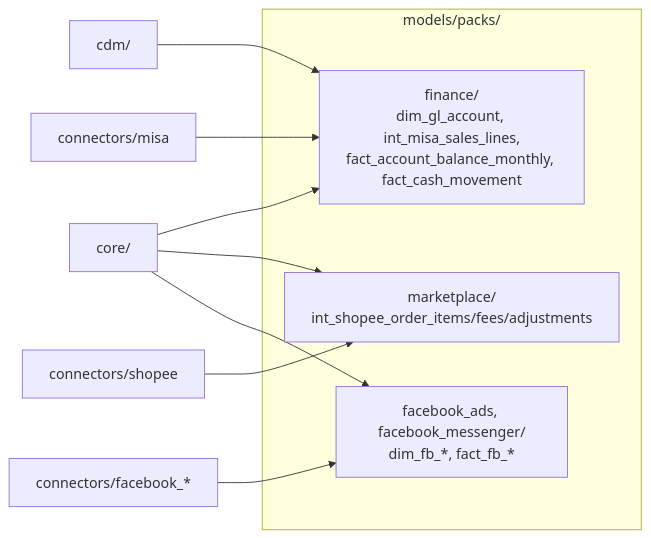
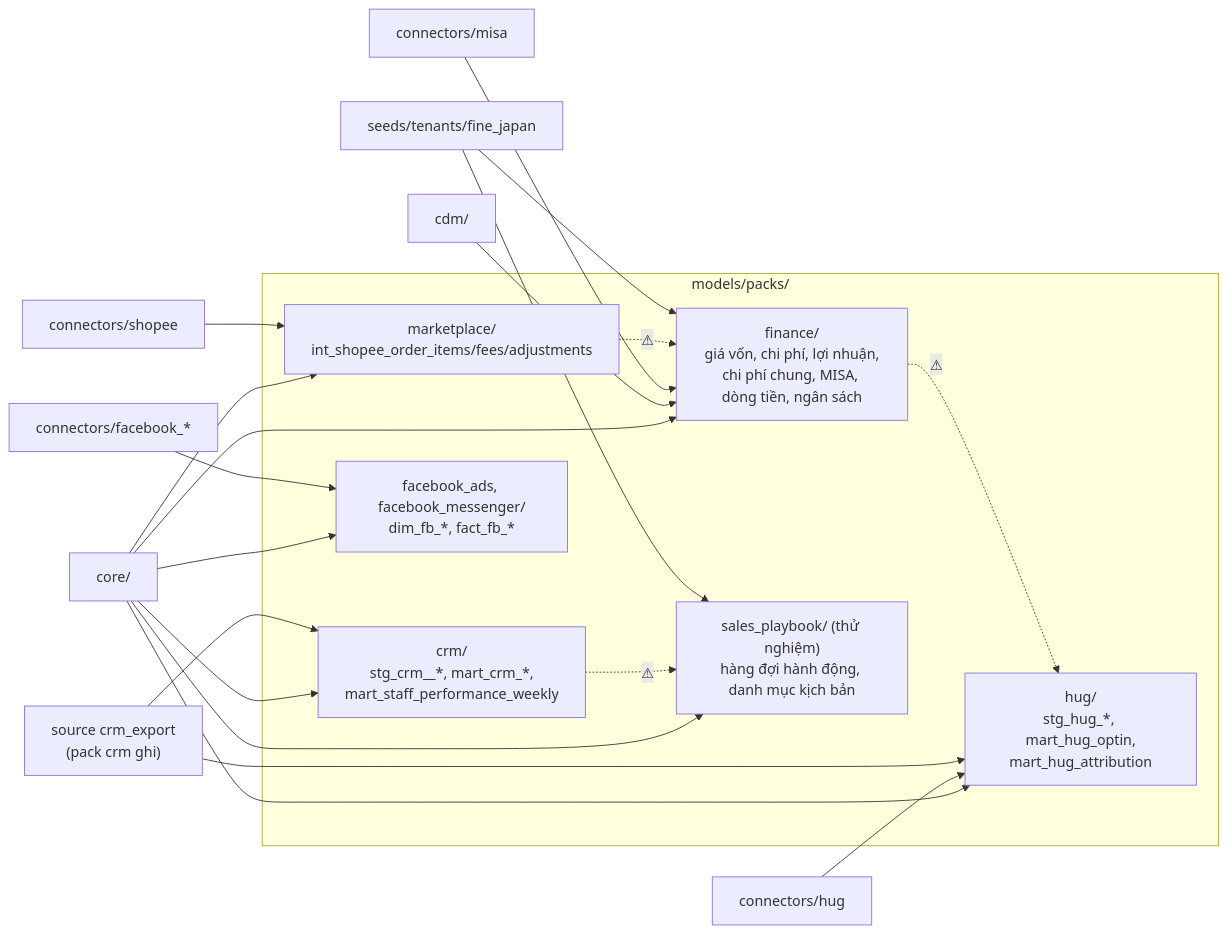
One commit to vantt/data-integration changed the ninth of 13 diagrams in docs/architecture/modules.md. Above: the diagram before and after it, drawn with Mermaid. The commit also changed other lines of this file and 149 other files, not shown here.

First line of the commit message:
refactor(modules): move product logic into packs and keep only US shipment in the Fine Japan tenant

````diff
--- a/docs/architecture/modules.md
+++ b/docs/architecture/modules.md
@@ -426,13 +463,22 @@
 ```mermaid
 flowchart LR
-    CORE["core/"] --> FIN & MKT & FBA
+    CORE["core/"] --> FIN & MKT & CRM & HUG & SP & FBA
     CDM["cdm/"] --> FIN
     MISA["connectors/misa"] --> FIN
     SHP["connectors/shopee"] --> MKT
+    HUGC["connectors/hug"] --> HUG
     FBC["connectors/facebook_*"] --> FBA
+    CRMX["source crm_export<br/>(pack crm ghi)"] --> CRM & HUG
     subgraph PACKS["models/packs/"]
-        FIN["finance/<br/>dim_gl_account, int_misa_sales_lines,<br/>fact_account_balance_monthly, fact_cash_movement"]
+        FIN["finance/<br/>giá vốn, chi phí, lợi nhuận,<br/>chi phí chung, MISA, dòng tiền, ngân sách"]
         MKT["marketplace/<br/>int_shopee_order_items/fees/adjustments"]
+        CRM["crm/<br/>stg_crm__*, mart_crm_*,<br/>mart_staff_performance_weekly"]
+        HUG["hug/<br/>stg_hug_*, mart_hug_optin,<br/>mart_hug_attribution"]
+        SP["sales_playbook/ (thử nghiệm)<br/>hàng đợi hành động, danh mục kịch bản"]
         FBA["facebook_ads, facebook_messenger/<br/>dim_fb_*, fact_fb_*"]
     end
+    MKT -. "⚠" .-> FIN
+    FIN -. "⚠" .-> HUG
+    CRM -. "⚠" .-> SP
+    TS["seeds/tenants/fine_japan"] --> FIN & SP
 ```
````
